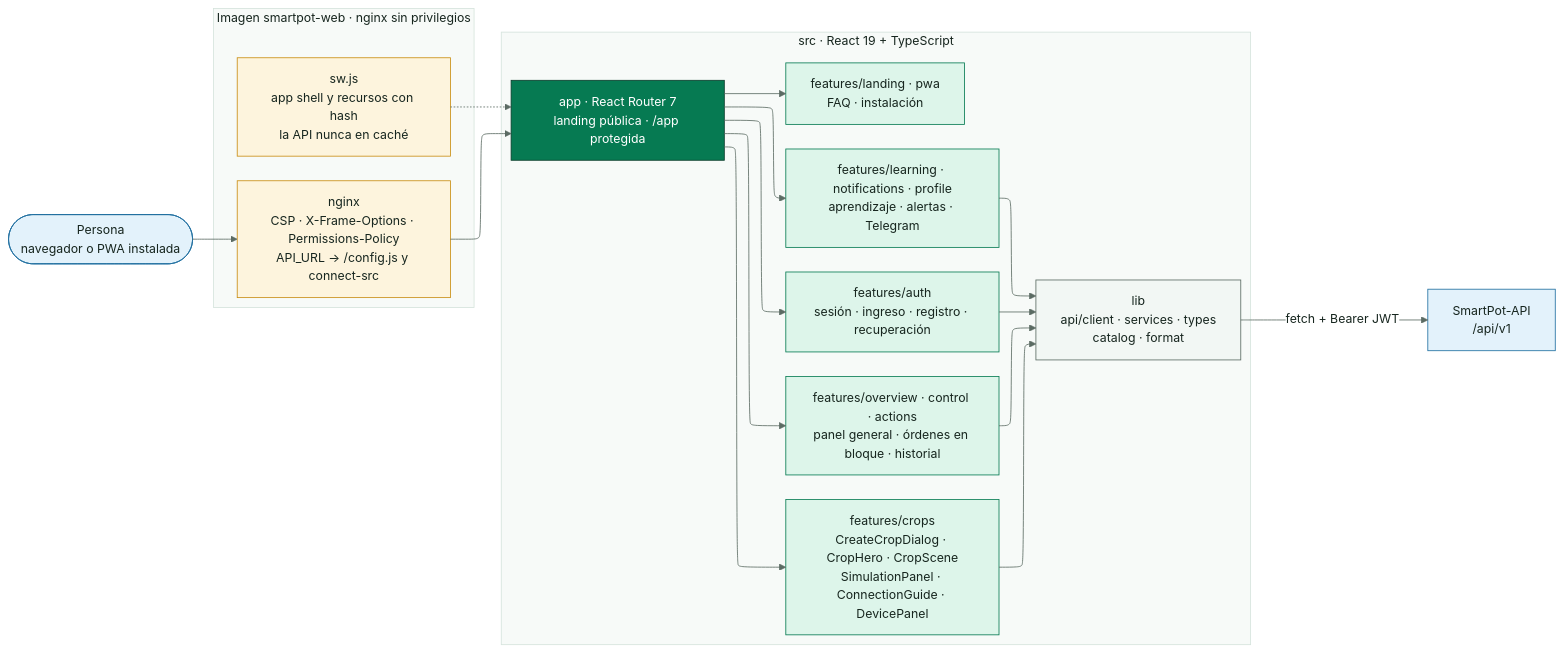
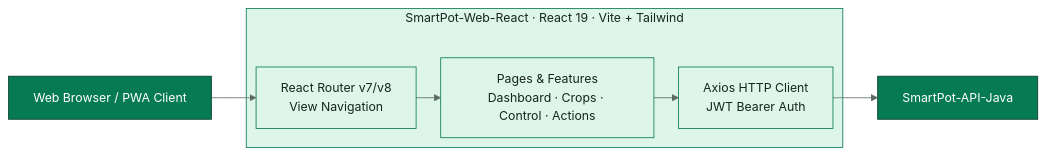
The first of 4 diagrams in docs/SmartPot_Web_Documentation.md (SmartPotTech/SmartPot-Web-React), drawn with Mermaid before and after one commit. The commit also changed other lines of this file and 15 other files, not shown here.

Commit message:
docs(specs): standardize legacy english documentation, notices, diagrams, and manuals

````diff
--- a/docs/SmartPot_Web_Documentation.md
+++ b/docs/SmartPot_Web_Documentation.md
@@ -53,38 +53,17 @@
 ```mermaid
 %%{init: {"theme": "base", "fontFamily": "Segoe UI, Arial, sans-serif", "themeVariables": {"fontFamily": "Segoe UI, Arial, sans-serif", "fontSize": "15px", "primaryColor": "#DDF5EA", "primaryTextColor": "#17261F", "primaryBorderColor": "#067A52", "secondaryColor": "#E3F2FB", "secondaryTextColor": "#17261F", "secondaryBorderColor": "#1F6FA0", "tertiaryColor": "#F2F7F4", "tertiaryTextColor": "#17261F", "tertiaryBorderColor": "#D5E3DC", "lineColor": "#5B6B63", "textColor": "#17261F", "mainBkg": "#DDF5EA", "nodeBorder": "#067A52", "clusterBkg": "#F7FAF8", "clusterBorder": "#D5E3DC", "edgeLabelBackground": "#FFFFFF", "actorBkg": "#067A52", "actorBorder": "#0B3D2B", "actorTextColor": "#FFFFFF", "actorLineColor": "#5B6B63", "signalColor": "#17261F", "signalTextColor": "#17261F", "labelBoxBkgColor": "#0B3D2B", "labelBoxBorderColor": "#0B3D2B", "labelTextColor": "#FFFFFF", "loopTextColor": "#0B3D2B", "noteBkgColor": "#FDF4DD", "noteBorderColor": "#C98D12", "noteTextColor": "#17261F", "activationBkgColor": "#DDF5EA", "activationBorderColor": "#067A52", "attributeBackgroundColorOdd": "#FFFFFF", "attributeBackgroundColorEven": "#F2F7F4"}, "layout": "elk", "elk": {"nodePlacementStrategy": "BRANDES_KOEPF", "mergeEdges": false, "cycleBreakingStrategy": "GREEDY"}}}%%
 flowchart LR
-  person(["Persona<br/>navegador o PWA instalada"])
-  subgraph imagen["Imagen smartpot-web · nginx sin privilegios"]
+  browser["Web Browser / PWA Client"]
+  subgraph react["SmartPot-Web-React · React 19 · Vite + Tailwind"]
     direction TB
-    nginx["nginx<br/>CSP · X-Frame-Options · Permissions-Policy<br/>API_URL → /config.js y connect-src"]
-    sw["sw.js<br/>app shell y recursos con hash<br/>la API nunca en caché"]
+    router["React Router v7/v8<br/>View Navigation"]
+    pages["Pages & Features<br/>Dashboard · Crops · Control · Actions"]
+    apiClient["Axios HTTP Client<br/>JWT Bearer Auth"]
   end
-  subgraph app["src · React 19 + TypeScript"]
-    direction TB
-    router["app · React Router 7<br/>landing pública · /app protegida"]
-    auth["features/auth<br/>sesión · ingreso · registro · recuperación"]
-    overview["features/overview · control · actions<br/>panel general · órdenes en bloque · historial"]
-    crops["features/crops<br/>CreateCropDialog · CropHero · CropScene<br/>SimulationPanel · ConnectionGuide · DevicePanel"]
-    learning["features/learning · notifications · profile<br/>aprendizaje · alertas · Telegram"]
-    landing["features/landing · pwa<br/>FAQ · instalación"]
-    lib["lib<br/>api/client · services · types<br/>catalog · format"]
-  end
-  api["SmartPot-API<br/>/api/v1"]
-  person --> nginx --> router
-  sw -.-> router
-  router --> auth & overview & crops & learning & landing
-  auth & overview & crops & learning --> lib
-  lib -->|"fetch + Bearer JWT"| api
+  api["SmartPot-API-Java"]
+  browser --> router --> pages --> apiClient --> api
+  classDef core fill:#067A52,stroke:#0B3D2B,color:#FFFFFF
   classDef leaf fill:#DDF5EA,stroke:#067A52,color:#17261F
-  classDef water fill:#E3F2FB,stroke:#1F6FA0,color:#17261F
-  classDef sun fill:#FDF4DD,stroke:#C98D12,color:#17261F
-  classDef clay fill:#FBE9E1,stroke:#B85A38,color:#17261F
-  classDef core fill:#067A52,stroke:#0B3D2B,color:#FFFFFF
-  classDef deep fill:#0B3D2B,stroke:#06281C,color:#FFFFFF
-  classDef muted fill:#F2F7F4,stroke:#5B6B63,color:#17261F
-  class person,api water
-  class nginx,sw sun
-  class router core
-  class auth,overview,crops,learning,landing leaf
-  class lib muted
+  class browser,api core
+  class react,router,pages,apiClient leaf
 ```
````
